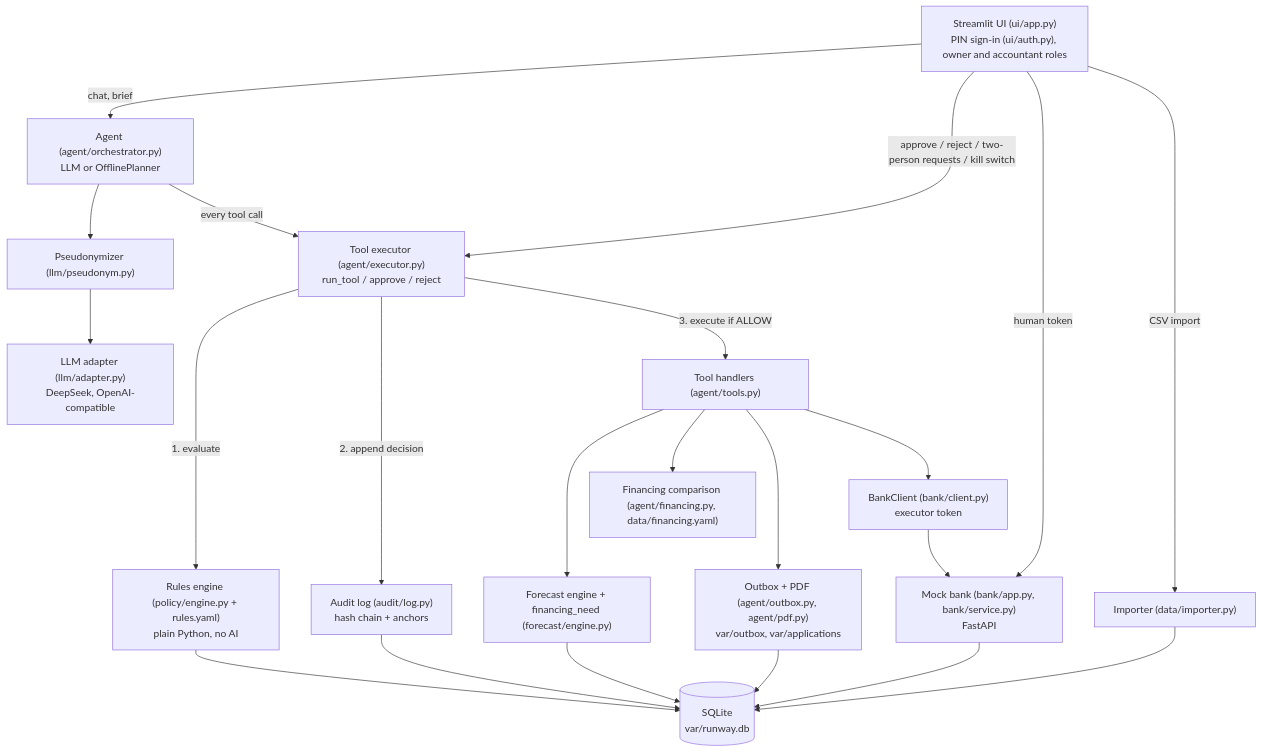
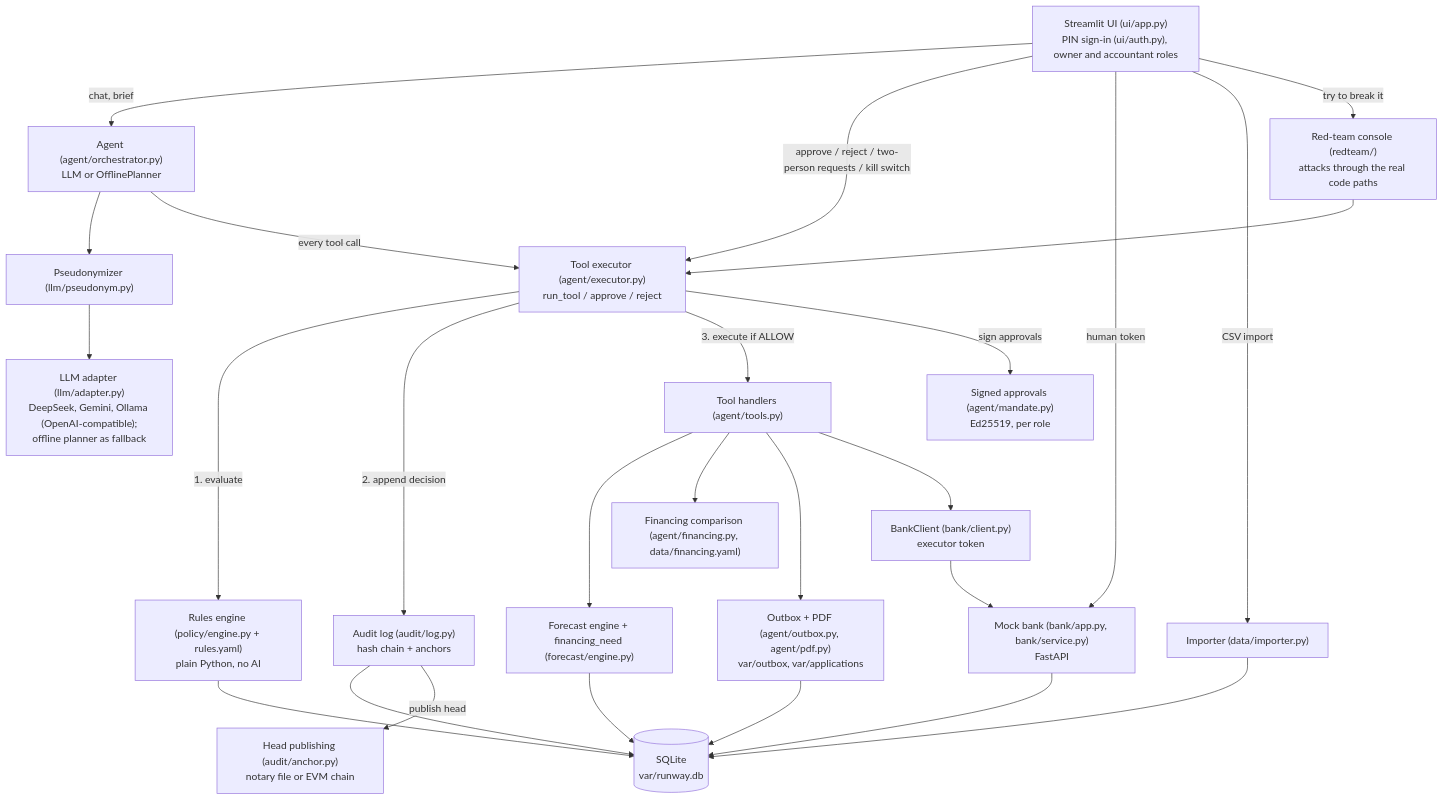
Before and after one commit to gabi200/runway: the diagram in docs/architecture.md, drawn with Mermaid. The commit also changed other lines of this file and 7 other files, not shown here.

````diff
--- a/docs/architecture.md
+++ b/docs/architecture.md
@@ -9,37 +9,44 @@
 ```mermaid
 flowchart TD
     UI["Streamlit UI (ui/app.py)<br/>PIN sign-in (ui/auth.py), owner and accountant roles"]
     AG["Agent (agent/orchestrator.py)<br/>LLM or OfflinePlanner"]
     PS["Pseudonymizer (llm/pseudonym.py)"]
-    LLM["LLM adapter (llm/adapter.py)<br/>DeepSeek, OpenAI-compatible"]
+    LLM["LLM adapter (llm/adapter.py)<br/>DeepSeek, Gemini, Ollama (OpenAI-compatible);<br/>offline planner as fallback"]
     EX["Tool executor (agent/executor.py)<br/>run_tool / approve / reject"]
     POL["Rules engine (policy/engine.py + rules.yaml)<br/>plain Python, no AI"]
     AUD["Audit log (audit/log.py)<br/>hash chain + anchors"]
+    ANC["Head publishing (audit/anchor.py)<br/>notary file or EVM chain"]
+    MAN["Signed approvals (agent/mandate.py)<br/>Ed25519, per role"]
+    RT["Red-team console (redteam/)<br/>attacks through the real code paths"]
     TL["Tool handlers (agent/tools.py)"]
     FC["Forecast engine + financing_need (forecast/engine.py)"]
     FIN["Financing comparison (agent/financing.py, data/financing.yaml)"]
     OUT["Outbox + PDF (agent/outbox.py, agent/pdf.py)<br/>var/outbox, var/applications"]
     BC["BankClient (bank/client.py)<br/>executor token"]
     BANK["Mock bank (bank/app.py, bank/service.py)<br/>FastAPI"]
     DB[("SQLite<br/>var/runway.db")]
 
     UI -->|chat, brief| AG
     UI -->|approve / reject / two-person requests / kill switch| EX
     UI -->|human token| BANK
     UI -->|CSV import| IMP["Importer (data/importer.py)"]
     IMP --> DB
     AG --> PS --> LLM
     AG -->|every tool call| EX
     EX -->|1. evaluate| POL
     EX -->|2. append decision| AUD
     EX -->|3. execute if ALLOW| TL
     TL --> FC
     TL --> FIN
     TL --> OUT
     TL --> BC --> BANK
     POL --> DB
     AUD --> DB
+    AUD -->|publish head| ANC
+    EX -->|sign approvals| MAN
+    UI -->|try to break it| RT
+    RT --> EX
     BANK --> DB
     FC --> DB
     OUT --> DB
 ```
````
